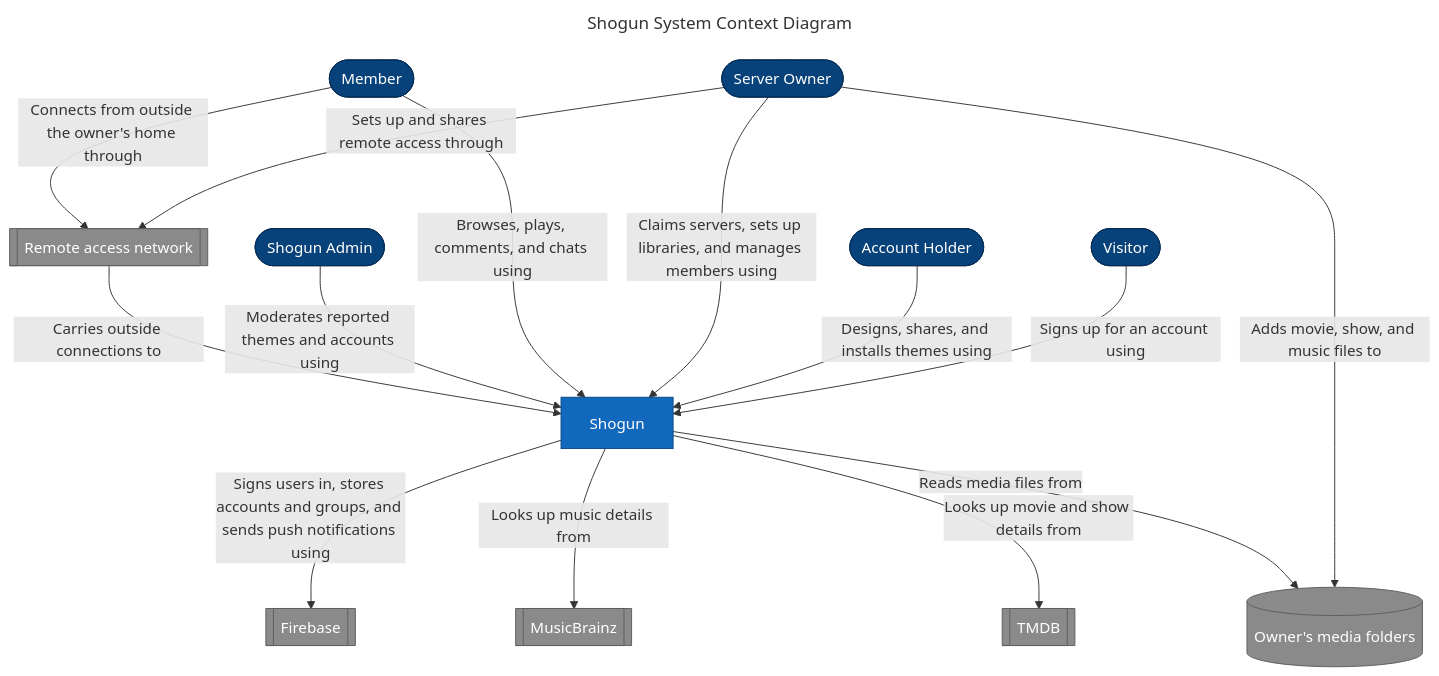
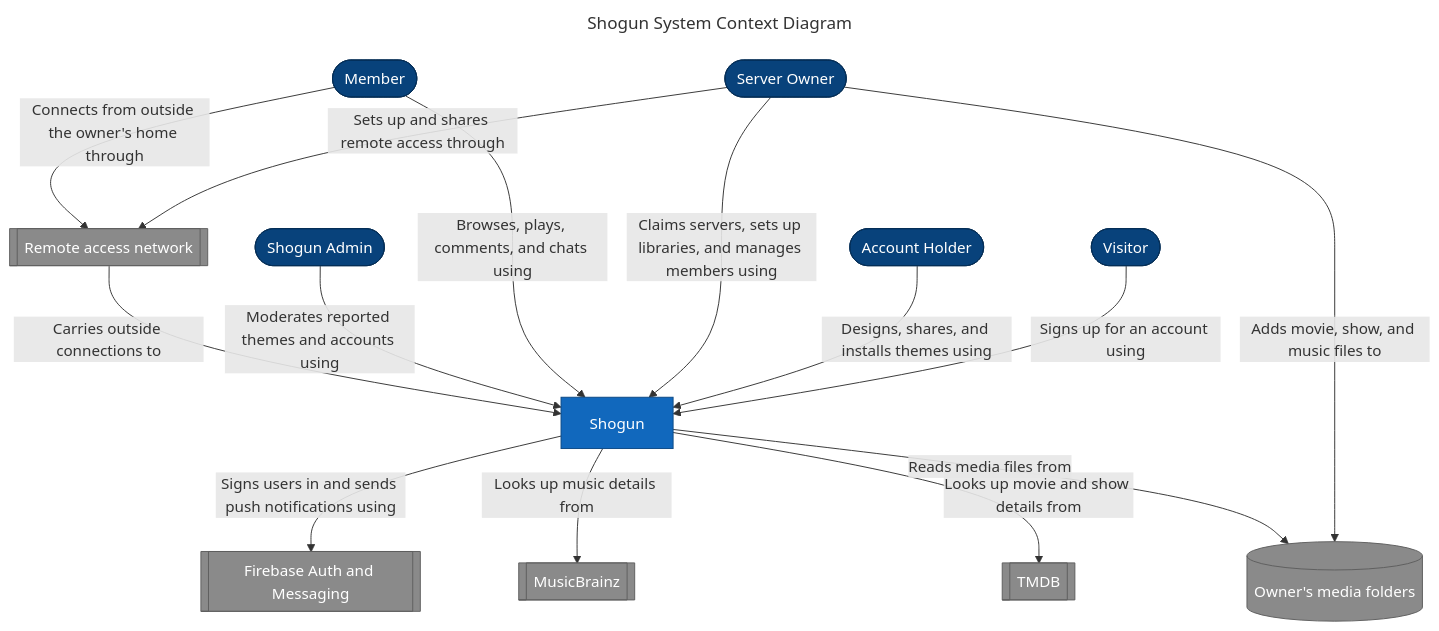
The diagram in docs/design/02-context.md (cicadaenjoyer/shogun), drawn with Mermaid before and after one commit. The commit also changed other lines of this file, not shown here.

Commit message:
updating with new Firebase rule

````diff
--- a/docs/design/02-context.md
+++ b/docs/design/02-context.md
@@ -1,44 +1,45 @@
 ```mermaid
 ---
 title: Shogun System Context Diagram
 ---
 flowchart TD
     A[Shogun]
     B([Visitor])
     C([Account Holder])
     D([Server Owner])
     E([Member])
     F([Shogun Admin])
 
-    %% Leaving Firebase outside of Shogun because Google runs the
-    %% platform - all Shogun does is call it as an external source. We
-    %% create the cloud functions
-    G[[Firebase]]
+    %% Only Firebase Auth and Cloud Messaging are external: Google runs
+    %% them and Shogun just calls them. The Firebase parts we write and
+    %% deploy (Functions, Firestore data, Hosting, Storage) are inside
+    %% the Shogun box. See 03-containers.md.
+    G[[Firebase Auth and Messaging]]
     H[[MusicBrainz]]
     I[[TMDB]]
     J[("Owner's media folders")]
     K[[Remote access network]]
 
     B -->|Signs up for an account using| A
     C -->|Designs, shares, and installs themes using| A
     D -->|Claims servers, sets up libraries, and manages members using| A
     E -->|Browses, plays, comments, and chats using| A
     F -->|Moderates reported themes and accounts using| A
 
     D -->|Adds movie, show, and music files to| J
     D -->|Sets up and shares remote access through| K
     E -->|Connects from outside the owner's home through| K
     K -->|Carries outside connections to| A
 
-    A -->|Signs users in, stores accounts and groups, and sends push notifications using| G
+    A -->|Signs users in and sends push notifications using| G
     A -->|Looks up music details from| H
     A -->|Looks up movie and show details from| I
     A -->|Reads media files from| J
 
     classDef person fill:#08427b,stroke:#052e56,color:#fff
     classDef system fill:#1168bd,stroke:#0b4884,color:#fff
     classDef external fill:#8a8a8a,stroke:#5e5e5e,color:#fff
     class B,C,D,E,F person
     class A system
     class G,H,I,J,K external
 ```
````
